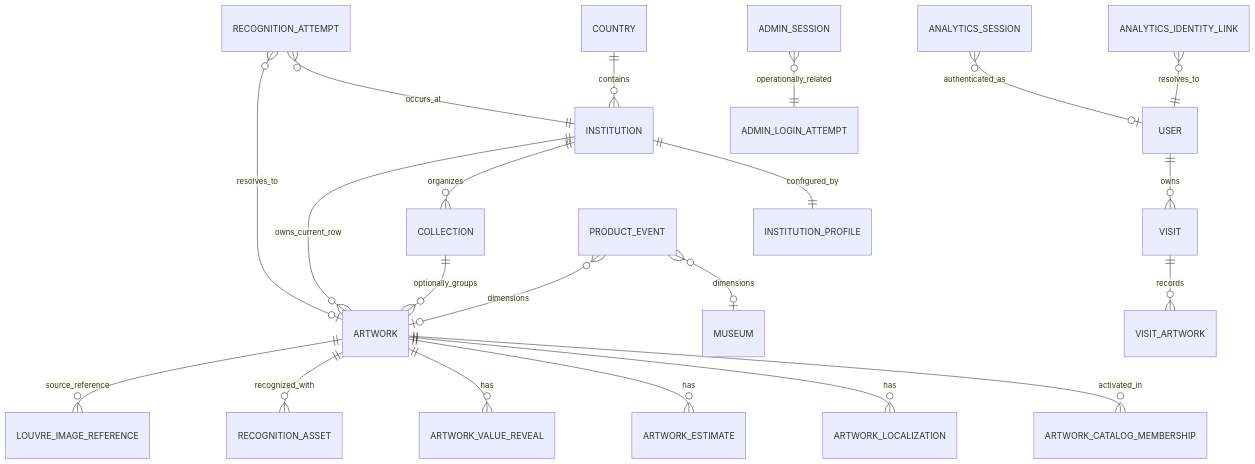
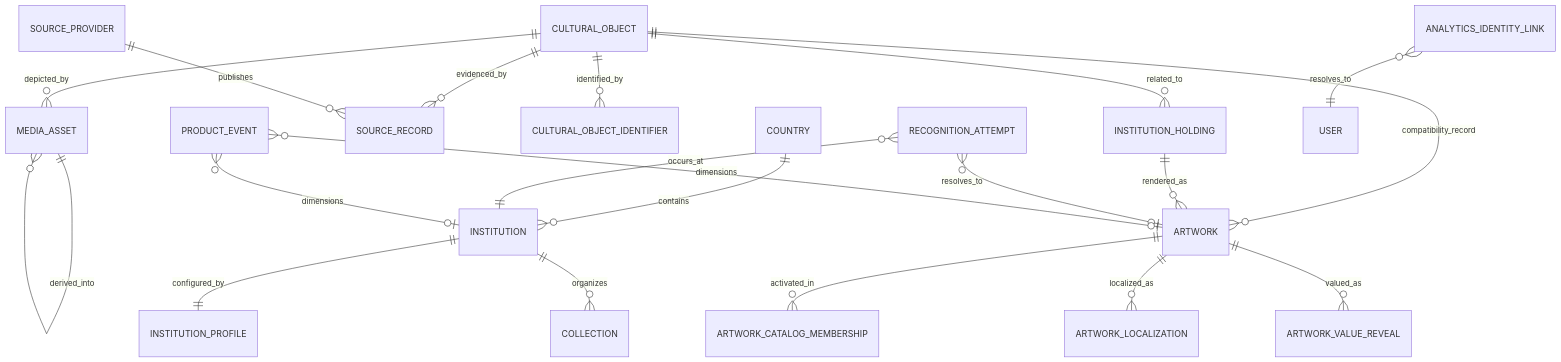
One commit to shopqrepublik/aura changed the diagram in docs/architecture/DATA_MODEL.md. Above: the diagram before and after it, drawn with Mermaid. The commit also changed other lines of this file and 31 other files, not shown here.

Commit message:
Build global artwork identity and media provenance foundation

````diff
--- a/docs/architecture/DATA_MODEL.md
+++ b/docs/architecture/DATA_MODEL.md
@@ -7,23 +7,22 @@
 ```mermaid
 erDiagram
   COUNTRY ||--o{ INSTITUTION : contains
   INSTITUTION ||--|| INSTITUTION_PROFILE : configured_by
   INSTITUTION ||--o{ COLLECTION : organizes
-  INSTITUTION ||--o{ ARTWORK : owns_current_row
-  COLLECTION ||--o{ ARTWORK : optionally_groups
+  CULTURAL_OBJECT ||--o{ INSTITUTION_HOLDING : related_to
+  CULTURAL_OBJECT ||--o{ SOURCE_RECORD : evidenced_by
+  CULTURAL_OBJECT ||--o{ CULTURAL_OBJECT_IDENTIFIER : identified_by
+  SOURCE_PROVIDER ||--o{ SOURCE_RECORD : publishes
+  CULTURAL_OBJECT ||--o{ MEDIA_ASSET : depicted_by
+  MEDIA_ASSET ||--o{ MEDIA_ASSET : derived_into
+  CULTURAL_OBJECT ||--o{ ARTWORK : compatibility_record
+  INSTITUTION_HOLDING ||--o{ ARTWORK : rendered_as
   ARTWORK ||--o{ ARTWORK_CATALOG_MEMBERSHIP : activated_in
-  ARTWORK ||--o{ ARTWORK_LOCALIZATION : has
-  ARTWORK ||--o{ ARTWORK_ESTIMATE : has
-  ARTWORK ||--o{ ARTWORK_VALUE_REVEAL : has
-  ARTWORK ||--o{ RECOGNITION_ASSET : recognized_with
-  ARTWORK ||--o{ LOUVRE_IMAGE_REFERENCE : source_reference
-  USER ||--o{ VISIT : owns
-  VISIT ||--o{ VISIT_ARTWORK : records
-  PRODUCT_EVENT }o--o| MUSEUM : dimensions
+  ARTWORK ||--o{ ARTWORK_LOCALIZATION : localized_as
+  ARTWORK ||--o{ ARTWORK_VALUE_REVEAL : valued_as
+  RECOGNITION_ATTEMPT }o--|| INSTITUTION : occurs_at
+  RECOGNITION_ATTEMPT }o--o| ARTWORK : resolves_to
+  PRODUCT_EVENT }o--o| INSTITUTION : dimensions
   PRODUCT_EVENT }o--o| ARTWORK : dimensions
   ANALYTICS_IDENTITY_LINK }o--|| USER : resolves_to
-  ANALYTICS_SESSION }o--o| USER : authenticated_as
-  RECOGNITION_ATTEMPT }o--|| INSTITUTION : occurs_at
-  RECOGNITION_ATTEMPT }o--o| ARTWORK : resolves_to
-  ADMIN_SESSION }o--|| ADMIN_LOGIN_ATTEMPT : operationally_related
 ```
````
